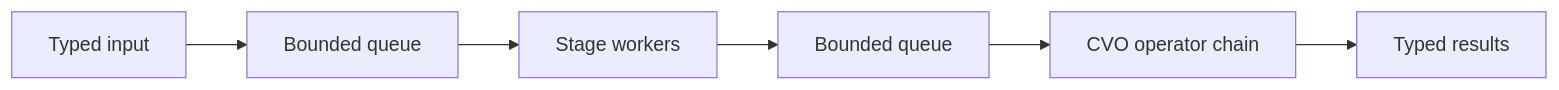
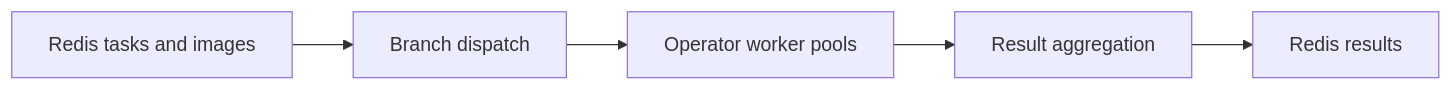
Before and after one commit to handsomeOTTO/streamforge: the diagram in README.md, drawn with Mermaid. The commit also changed other lines of this file and 1 other file, not shown here.

Commit message:
docs: rewrite README around project usage and architecture

````diff
--- a/README.md
+++ b/README.md
@@ -139,8 +22,7 @@
 ```mermaid
 flowchart LR
-    In[Typed input] --> Q1[Bounded queue]
-    Q1 --> S1[Stage workers]
-    S1 --> Q2[Bounded queue]
-    Q2 --> CVO[CVO operator chain]
-    CVO --> Out[Typed results]
+    Input[Redis tasks and images] --> Dispatch[Branch dispatch]
+    Dispatch --> Workers[Operator worker pools]
+    Workers --> Aggregate[Result aggregation]
+    Aggregate --> Output[Redis results]
 ```
````
